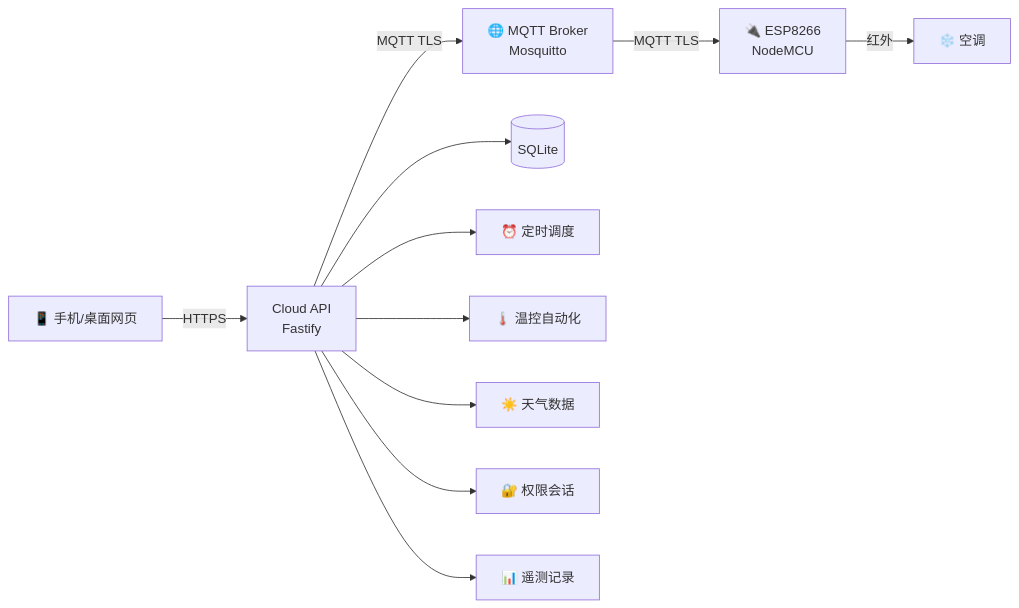
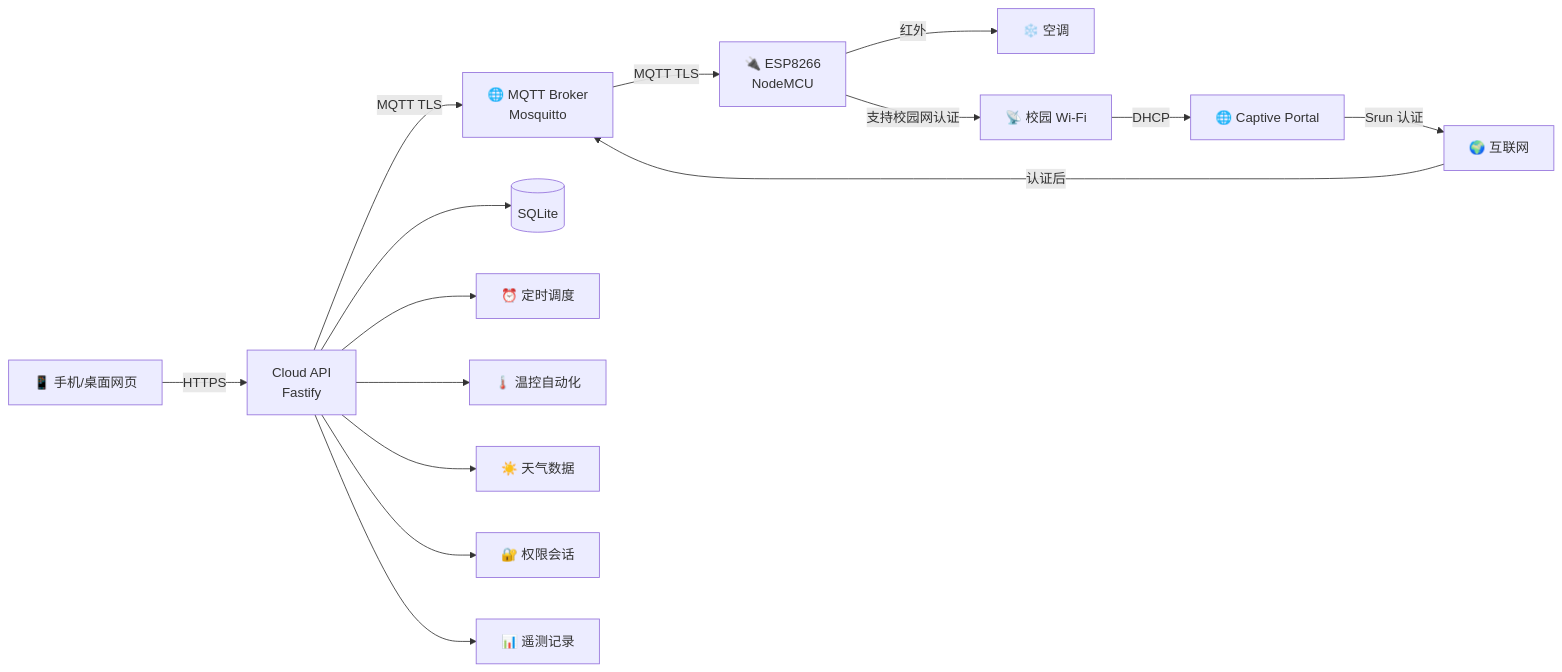
One commit to nobodycareme/remote-ac-controller changed the diagram in README.md. Above: the diagram before and after it, drawn with Mermaid. The commit also changed other lines of this file and 18 other files, not shown here.

````diff
--- a/README.md
+++ b/README.md
@@ -45,14 +46,19 @@
 ```mermaid
 graph LR
     A[📱 手机/桌面网页] -->|HTTPS| B[Cloud API<br/>Fastify]
     B -->|MQTT TLS| C[🌐 MQTT Broker<br/>Mosquitto]
     C -->|MQTT TLS| D[🔌 ESP8266<br/>NodeMCU]
     D -->|红外| E[❄️ 空调]
+
+    D -->|支持校园网认证| P[📡 校园 Wi-Fi]
+    P -->|DHCP| Q[🌐 Captive Portal]
+    Q -->|Srun 认证| R[🌍 互联网]
+    R -->|认证后| C
 
     B --> F[(SQLite)]
     B --> G[⏰ 定时调度]
     B --> H[🌡️ 温控自动化]
     B --> I[☀️ 天气数据]
     B --> J[🔐 权限会话]
     B --> K[📊 遥测记录]
 ```
````
